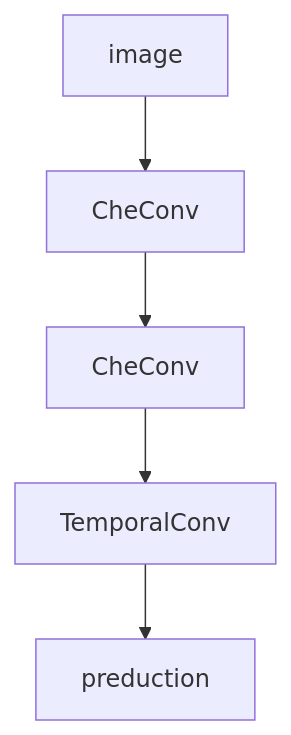
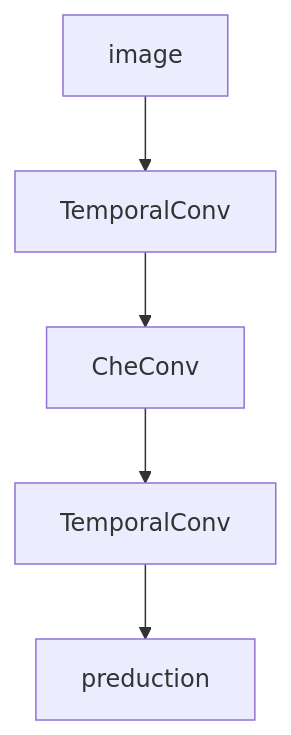
The diagram in README.md (sc2213404/badaunjin_score), drawn with Mermaid before and after one commit.

````diff
--- a/README.md
+++ b/README.md
@@ -3,7 +3,7 @@
 ```mermaid
 flowchart TD
-    A[image] --> B[CheConv]
+    A[image] --> B[TemporalConv]
     B --> C[CheConv]
     C --> D[TemporalConv]
     D --> E[preduction]
 ```
````
